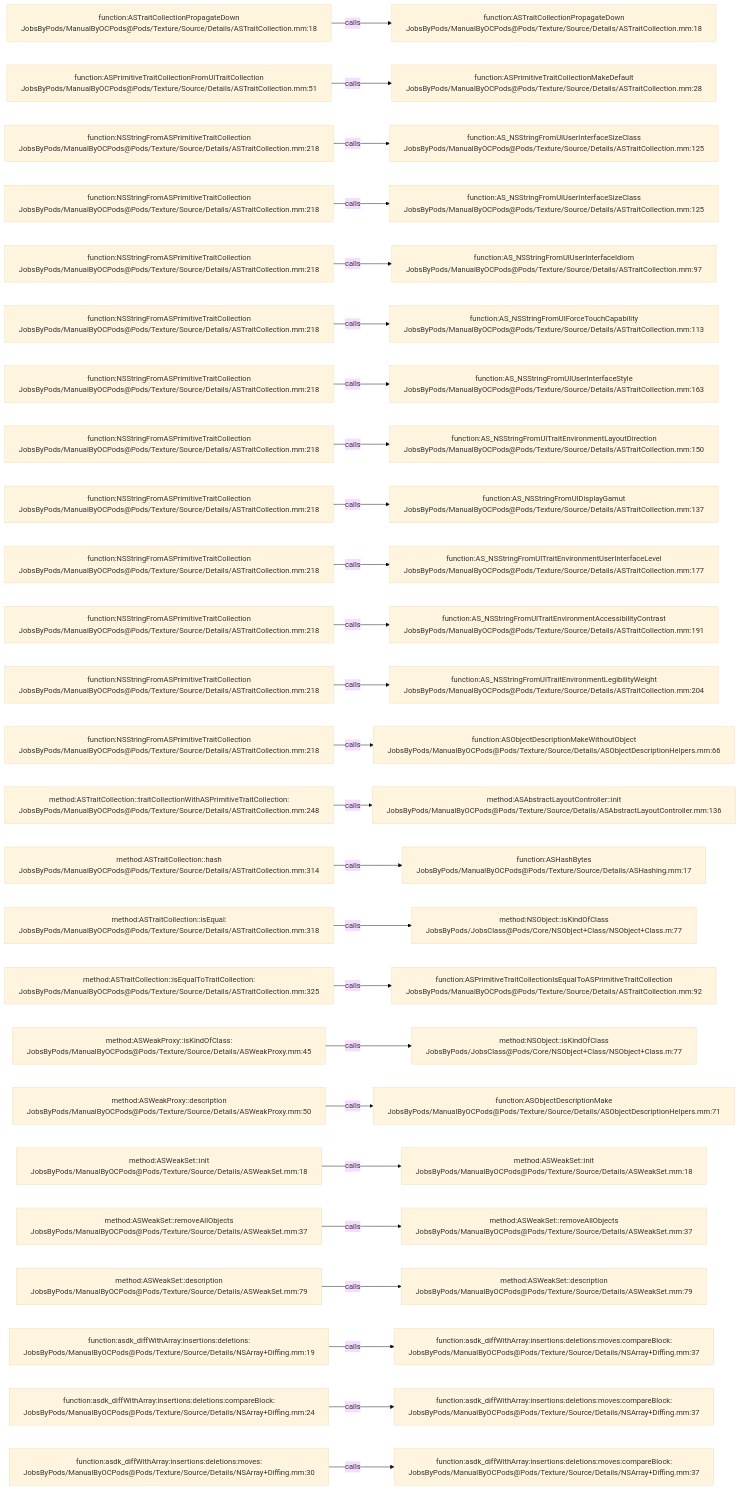
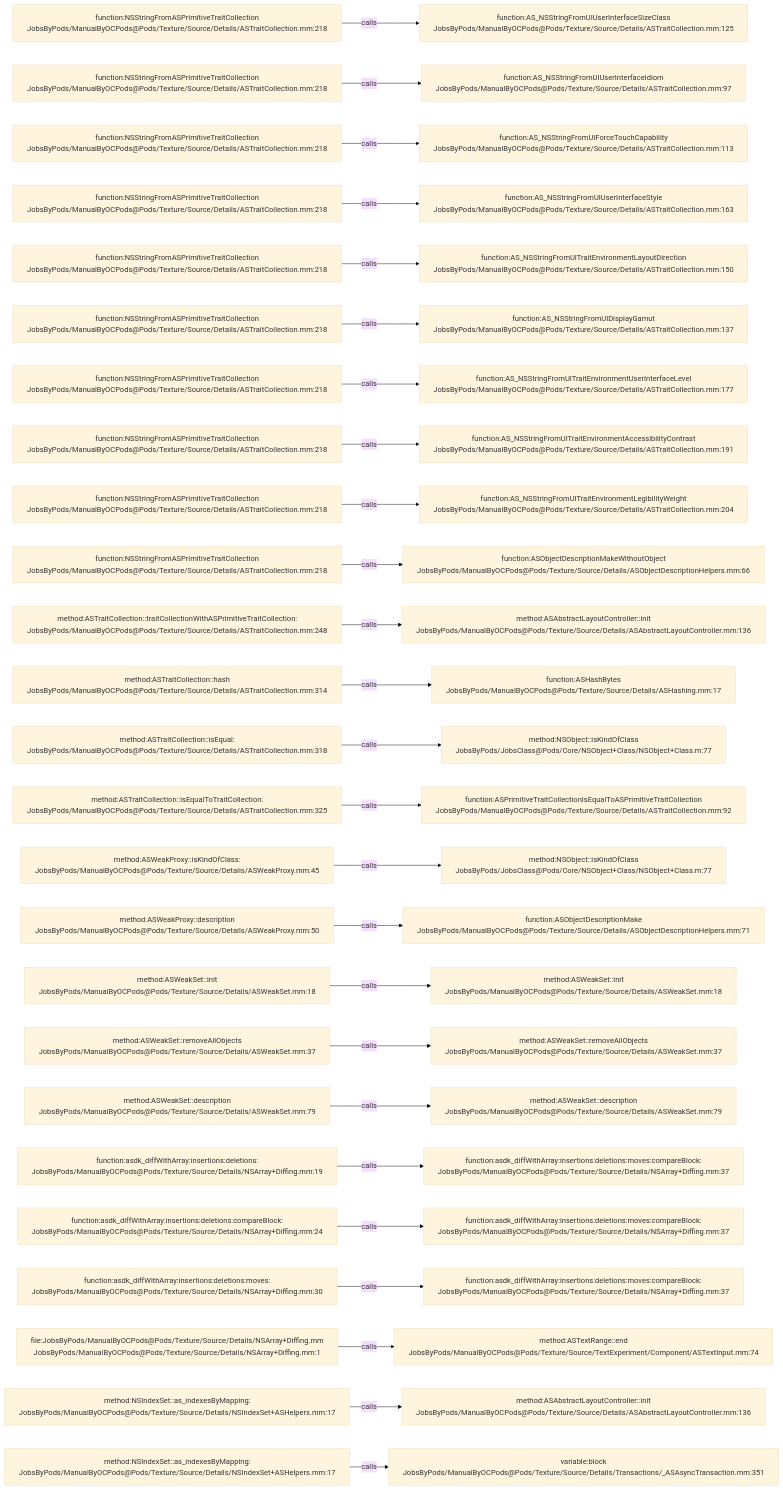
Before and after one commit to JobsKits/JobsOCBaseConfigDemo: the diagram in .codegraph/codegraph.md/graphs/calls-169.md, drawn with Mermaid (base theme). The commit also changed 342 other files, not shown here.

````diff
--- a/.codegraph/codegraph.md/graphs/calls-169.md
+++ b/.codegraph/codegraph.md/graphs/calls-169.md
@@ -13,78 +13,78 @@
 ```mermaid
 flowchart LR
-  S1["function:ASTraitCollectionPropagateDown<br/>JobsByPods/ManualByOCPods@Pods/Texture/Source/Details/ASTraitCollection.mm:18"]
-  T1["function:ASTraitCollectionPropagateDown<br/>JobsByPods/ManualByOCPods@Pods/Texture/Source/Details/ASTraitCollection.mm:18"]
+  S1["function:NSStringFromASPrimitiveTraitCollection<br/>JobsByPods/ManualByOCPods@Pods/Texture/Source/Details/ASTraitCollection.mm:218"]
+  T1["function:AS_NSStringFromUIUserInterfaceSizeClass<br/>JobsByPods/ManualByOCPods@Pods/Texture/Source/Details/ASTraitCollection.mm:125"]
   S1 -->|calls| T1
-  S2["function:ASPrimitiveTraitCollectionFromUITraitCollection<br/>JobsByPods/ManualByOCPods@Pods/Texture/Source/Details/ASTraitCollection.mm:51"]
-  T2["function:ASPrimitiveTraitCollectionMakeDefault<br/>JobsByPods/ManualByOCPods@Pods/Texture/Source/Details/ASTraitCollection.mm:28"]
+  S2["function:NSStringFromASPrimitiveTraitCollection<br/>JobsByPods/ManualByOCPods@Pods/Texture/Source/Details/ASTraitCollection.mm:218"]
+  T2["function:AS_NSStringFromUIUserInterfaceIdiom<br/>JobsByPods/ManualByOCPods@Pods/Texture/Source/Details/ASTraitCollection.mm:97"]
   S2 -->|calls| T2
   S3["function:NSStringFromASPrimitiveTraitCollection<br/>JobsByPods/ManualByOCPods@Pods/Texture/Source/Details/ASTraitCollection.mm:218"]
-  T3["function:AS_NSStringFromUIUserInterfaceSizeClass<br/>JobsByPods/ManualByOCPods@Pods/Texture/Source/Details/ASTraitCollection.mm:125"]
+  T3["function:AS_NSStringFromUIForceTouchCapability<br/>JobsByPods/ManualByOCPods@Pods/Texture/Source/Details/ASTraitCollection.mm:113"]
   S3 -->|calls| T3
   S4["function:NSStringFromASPrimitiveTraitCollection<br/>JobsByPods/ManualByOCPods@Pods/Texture/Source/Details/ASTraitCollection.mm:218"]
-  T4["function:AS_NSStringFromUIUserInterfaceSizeClass<br/>JobsByPods/ManualByOCPods@Pods/Texture/Source/Details/ASTraitCollection.mm:125"]
+  T4["function:AS_NSStringFromUIUserInterfaceStyle<br/>JobsByPods/ManualByOCPods@Pods/Texture/Source/Details/ASTraitCollection.mm:163"]
   S4 -->|calls| T4
   S5["function:NSStringFromASPrimitiveTraitCollection<br/>JobsByPods/ManualByOCPods@Pods/Texture/Source/Details/ASTraitCollection.mm:218"]
-  T5["function:AS_NSStringFromUIUserInterfaceIdiom<br/>JobsByPods/ManualByOCPods@Pods/Texture/Source/Details/ASTraitCollection.mm:97"]
+  T5["function:AS_NSStringFromUITraitEnvironmentLayoutDirection<br/>JobsByPods/ManualByOCPods@Pods/Texture/Source/Details/ASTraitCollection.mm:150"]
   S5 -->|calls| T5
   S6["function:NSStringFromASPrimitiveTraitCollection<br/>JobsByPods/ManualByOCPods@Pods/Texture/Source/Details/ASTraitCollection.mm:218"]
-  T6["function:AS_NSStringFromUIForceTouchCapability<br/>JobsByPods/ManualByOCPods@Pods/Texture/Source/Details/ASTraitCollection.mm:113"]
+  T6["function:AS_NSStringFromUIDisplayGamut<br/>JobsByPods/ManualByOCPods@Pods/Texture/Source/Details/ASTraitCollection.mm:137"]
   S6 -->|calls| T6
   S7["function:NSStringFromASPrimitiveTraitCollection<br/>JobsByPods/ManualByOCPods@Pods/Texture/Source/Details/ASTraitCollection.mm:218"]
-  T7["function:AS_NSStringFromUIUserInterfaceStyle<br/>JobsByPods/ManualByOCPods@Pods/Texture/Source/Details/ASTraitCollection.mm:163"]
+  T7["function:AS_NSStringFromUITraitEnvironmentUserInterfaceLevel<br/>JobsByPods/ManualByOCPods@Pods/Texture/Source/Details/ASTraitCollection.mm:177"]
   S7 -->|calls| T7
   S8["function:NSStringFromASPrimitiveTraitCollection<br/>JobsByPods/ManualByOCPods@Pods/Texture/Source/Details/ASTraitCollection.mm:218"]
-  T8["function:AS_NSStringFromUITraitEnvironmentLayoutDirection<br/>JobsByPods/ManualByOCPods@Pods/Texture/Source/Details/ASTraitCollection.mm:150"]
+  T8["function:AS_NSStringFromUITraitEnvironmentAccessibilityContrast<br/>JobsByPods/ManualByOCPods@Pods/Texture/Source/Details/ASTraitCollection.mm:191"]
   S8 -->|calls| T8
   S9["function:NSStringFromASPrimitiveTraitCollection<br/>JobsByPods/ManualByOCPods@Pods/Texture/Source/Details/ASTraitCollection.mm:218"]
-  T9["function:AS_NSStringFromUIDisplayGamut<br/>JobsByPods/ManualByOCPods@Pods/Texture/Source/Details/ASTraitCollection.mm:137"]
+  T9["function:AS_NSStringFromUITraitEnvironmentLegibilityWeight<br/>JobsByPods/ManualByOCPods@Pods/Texture/Source/Details/ASTraitCollection.mm:204"]
   S9 -->|calls| T9
   S10["function:NSStringFromASPrimitiveTraitCollection<br/>JobsByPods/ManualByOCPods@Pods/Texture/Source/Details/ASTraitCollection.mm:218"]
-  T10["function:AS_NSStringFromUITraitEnvironmentUserInterfaceLevel<br/>JobsByPods/ManualByOCPods@Pods/Texture/Source/Details/ASTraitCollection.mm:177"]
+  T10["function:ASObjectDescriptionMakeWithoutObject<br/>JobsByPods/ManualByOCPods@Pods/Texture/Source/Details/ASObjectDescriptionHelpers.mm:66"]
   S10 -->|calls| T10
-  S11["function:NSStringFromASPrimitiveTraitCollection<br/>JobsByPods/ManualByOCPods@Pods/Texture/Source/Details/ASTraitCollection.mm:218"]
-  T11["function:AS_NSStringFromUITraitEnvironmentAccessibilityContrast<br/>JobsByPods/ManualByOCPods@Pods/Texture/Source/Details/ASTraitCollection.mm:191"]
+  S11["method:ASTraitCollection::traitCollectionWithASPrimitiveTraitCollection:<br/>JobsByPods/ManualByOCPods@Pods/Texture/Source/Details/ASTraitCollection.mm:248"]
+  T11["method:ASAbstractLayoutController::init<br/>JobsByPods/ManualByOCPods@Pods/Texture/Source/Details/ASAbstractLayoutController.mm:136"]
   S11 -->|calls| T11
-  S12["function:NSStringFromASPrimitiveTraitCollection<br/>JobsByPods/ManualByOCPods@Pods/Texture/Source/Details/ASTraitCollection.mm:218"]
-  T12["function:AS_NSStringFromUITraitEnvironmentLegibilityWeight<br/>JobsByPods/ManualByOCPods@Pods/Texture/Source/Details/ASTraitCollection.mm:204"]
+  S12["method:ASTraitCollection::hash<br/>JobsByPods/ManualByOCPods@Pods/Texture/Source/Details/ASTraitCollection.mm:314"]
+  T12["function:ASHashBytes<br/>JobsByPods/ManualByOCPods@Pods/Texture/Source/Details/ASHashing.mm:17"]
   S12 -->|calls| T12
-  S13["function:NSStringFromASPrimitiveTraitCollection<br/>JobsByPods/ManualByOCPods@Pods/Texture/Source/Details/ASTraitCollection.mm:218"]
-  T13["function:ASObjectDescriptionMakeWithoutObject<br/>JobsByPods/ManualByOCPods@Pods/Texture/Source/Details/ASObjectDescriptionHelpers.mm:66"]
+  S13["method:ASTraitCollection::isEqual:<br/>JobsByPods/ManualByOCPods@Pods/Texture/Source/Details/ASTraitCollection.mm:318"]
+  T13["method:NSObject::isKindOfClass<br/>JobsByPods/JobsClass@Pods/Core/NSObject+Class/NSObject+Class.m:77"]
   S13 -->|calls| T13
-  S14["method:ASTraitCollection::traitCollectionWithASPrimitiveTraitCollection:<br/>JobsByPods/ManualByOCPods@Pods/Texture/Source/Details/ASTraitCollection.mm:248"]
-  T14["method:ASAbstractLayoutController::init<br/>JobsByPods/ManualByOCPods@Pods/Texture/Source/Details/ASAbstractLayoutController.mm:136"]
+  S14["method:ASTraitCollection::isEqualToTraitCollection:<br/>JobsByPods/ManualByOCPods@Pods/Texture/Source/Details/ASTraitCollection.mm:325"]
+  T14["function:ASPrimitiveTraitCollectionIsEqualToASPrimitiveTraitCollection<br/>JobsByPods/ManualByOCPods@Pods/Texture/Source/Details/ASTraitCollection.mm:92"]
   S14 -->|calls| T14
-  S15["method:ASTraitCollection::hash<br/>JobsByPods/ManualByOCPods@Pods/Texture/Source/Details/ASTraitCollection.mm:314"]
-  T15["function:ASHashBytes<br/>JobsByPods/ManualByOCPods@Pods/Texture/Source/Details/ASHashing.mm:17"]
+  S15["method:ASWeakProxy::isKindOfClass:<br/>JobsByPods/ManualByOCPods@Pods/Texture/Source/Details/ASWeakProxy.mm:45"]
+  T15["method:NSObject::isKindOfClass<br/>JobsByPods/JobsClass@Pods/Core/NSObject+Class/NSObject+Class.m:77"]
   S15 -->|calls| T15
-  S16["method:ASTraitCollection::isEqual:<br/>JobsByPods/ManualByOCPods@Pods/Texture/Source/Details/ASTraitCollection.mm:318"]
-  T16["method:NSObject::isKindOfClass<br/>JobsByPods/JobsClass@Pods/Core/NSObject+Class/NSObject+Class.m:77"]
+  S16["method:ASWeakProxy::description<br/>JobsByPods/ManualByOCPods@Pods/Texture/Source/Details/ASWeakProxy.mm:50"]
+  T16["function:ASObjectDescriptionMake<br/>JobsByPods/ManualByOCPods@Pods/Texture/Source/Details/ASObjectDescriptionHelpers.mm:71"]
   S16 -->|calls| T16
-  S17["method:ASTraitCollection::isEqualToTraitCollection:<br/>JobsByPods/ManualByOCPods@Pods/Texture/Source/Details/ASTraitCollection.mm:325"]
-  T17["function:ASPrimitiveTraitCollectionIsEqualToASPrimitiveTraitCollection<br/>JobsByPods/ManualByOCPods@Pods/Texture/Source/Details/ASTraitCollection.mm:92"]
+  S17["method:ASWeakSet::init<br/>JobsByPods/ManualByOCPods@Pods/Texture/Source/Details/ASWeakSet.mm:18"]
+  T17["method:ASWeakSet::init<br/>JobsByPods/ManualByOCPods@Pods/Texture/Source/Details/ASWeakSet.mm:18"]
   S17 -->|calls| T17
-  S18["method:ASWeakProxy::isKindOfClass:<br/>JobsByPods/ManualByOCPods@Pods/Texture/Source/Details/ASWeakProxy.mm:45"]
-  T18["method:NSObject::isKindOfClass<br/>JobsByPods/JobsClass@Pods/Core/NSObject+Class/NSObject+Class.m:77"]
+  S18["method:ASWeakSet::removeAllObjects<br/>JobsByPods/ManualByOCPods@Pods/Texture/Source/Details/ASWeakSet.mm:37"]
+  T18["method:ASWeakSet::removeAllObjects<br/>JobsByPods/ManualByOCPods@Pods/Texture/Source/Details/ASWeakSet.mm:37"]
   S18 -->|calls| T18
-  S19["method:ASWeakProxy::description<br/>JobsByPods/ManualByOCPods@Pods/Texture/Source/Details/ASWeakProxy.mm:50"]
-  T19["function:ASObjectDescriptionMake<br/>JobsByPods/ManualByOCPods@Pods/Texture/Source/Details/ASObjectDescriptionHelpers.mm:71"]
+  S19["method:ASWeakSet::description<br/>JobsByPods/ManualByOCPods@Pods/Texture/Source/Details/ASWeakSet.mm:79"]
+  T19["method:ASWeakSet::description<br/>JobsByPods/ManualByOCPods@Pods/Texture/Source/Details/ASWeakSet.mm:79"]
   S19 -->|calls| T19
-  S20["method:ASWeakSet::init<br/>JobsByPods/ManualByOCPods@Pods/Texture/Source/Details/ASWeakSet.mm:18"]
-  T20["method:ASWeakSet::init<br/>JobsByPods/ManualByOCPods@Pods/Texture/Source/Details/ASWeakSet.mm:18"]
+  S20["function:asdk_diffWithArray:insertions:deletions:<br/>JobsByPods/ManualByOCPods@Pods/Texture/Source/Details/NSArray+Diffing.mm:19"]
+  T20["function:asdk_diffWithArray:insertions:deletions:moves:compareBlock:<br/>JobsByPods/ManualByOCPods@Pods/Texture/Source/Details/NSArray+Diffing.mm:37"]
   S20 -->|calls| T20
-  S21["method:ASWeakSet::removeAllObjects<br/>JobsByPods/ManualByOCPods@Pods/Texture/Source/Details/ASWeakSet.mm:37"]
-  T21["method:ASWeakSet::removeAllObjects<br/>JobsByPods/ManualByOCPods@Pods/Texture/Source/Details/ASWeakSet.mm:37"]
+  S21["function:asdk_diffWithArray:insertions:deletions:compareBlock:<br/>JobsByPods/ManualByOCPods@Pods/Texture/Source/Details/NSArray+Diffing.mm:24"]
+  T21["function:asdk_diffWithArray:insertions:deletions:moves:compareBlock:<br/>JobsByPods/ManualByOCPods@Pods/Texture/Source/Details/NSArray+Diffing.mm:37"]
   S21 -->|calls| T21
-  S22["method:ASWeakSet::description<br/>JobsByPods/ManualByOCPods@Pods/Texture/Source/Details/ASWeakSet.mm:79"]
-  T22["method:ASWeakSet::description<br/>JobsByPods/ManualByOCPods@Pods/Texture/Source/Details/ASWeakSet.mm:79"]
+  S22["function:asdk_diffWithArray:insertions:deletions:moves:<br/>JobsByPods/ManualByOCPods@Pods/Texture/Source/Details/NSArray+Diffing.mm:30"]
+  T22["function:asdk_diffWithArray:insertions:deletions:moves:compareBlock:<br/>JobsByPods/ManualByOCPods@Pods/Texture/Source/Details/NSArray+Diffing.mm:37"]
   S22 -->|calls| T22
-  S23["function:asdk_diffWithArray:insertions:deletions:<br/>JobsByPods/ManualByOCPods@Pods/Texture/Source/Details/NSArray+Diffing.mm:19"]
-  T23["function:asdk_diffWithArray:insertions:deletions:moves:compareBlock:<br/>JobsByPods/ManualByOCPods@Pods/Texture/Source/Details/NSArray+Diffing.mm:37"]
+  S23["file:JobsByPods/ManualByOCPods@Pods/Texture/Source/Details/NSArray+Diffing.mm<br/>JobsByPods/ManualByOCPods@Pods/Texture/Source/Details/NSArray+Diffing.mm:1"]
+  T23["method:ASTextRange::end<br/>JobsByPods/ManualByOCPods@Pods/Texture/Source/TextExperiment/Component/ASTextInput.mm:74"]
   S23 -->|calls| T23
-  S24["function:asdk_diffWithArray:insertions:deletions:compareBlock:<br/>JobsByPods/ManualByOCPods@Pods/Texture/Source/Details/NSArray+Diffing.mm:24"]
-  T24["function:asdk_diffWithArray:insertions:deletions:moves:compareBlock:<br/>JobsByPods/ManualByOCPods@Pods/Texture/Source/Details/NSArray+Diffing.mm:37"]
+  S24["method:NSIndexSet::as_indexesByMapping:<br/>JobsByPods/ManualByOCPods@Pods/Texture/Source/Details/NSIndexSet+ASHelpers.mm:17"]
+  T24["method:ASAbstractLayoutController::init<br/>JobsByPods/ManualByOCPods@Pods/Texture/Source/Details/ASAbstractLayoutController.mm:136"]
   S24 -->|calls| T24
-  S25["function:asdk_diffWithArray:insertions:deletions:moves:<br/>JobsByPods/ManualByOCPods@Pods/Texture/Source/Details/NSArray+Diffing.mm:30"]
-  T25["function:asdk_diffWithArray:insertions:deletions:moves:compareBlock:<br/>JobsByPods/ManualByOCPods@Pods/Texture/Source/Details/NSArray+Diffing.mm:37"]
+  S25["method:NSIndexSet::as_indexesByMapping:<br/>JobsByPods/ManualByOCPods@Pods/Texture/Source/Details/NSIndexSet+ASHelpers.mm:17"]
+  T25["variable:block<br/>JobsByPods/ManualByOCPods@Pods/Texture/Source/Details/Transactions/_ASAsyncTransaction.mm:351"]
   S25 -->|calls| T25
 ```
````
